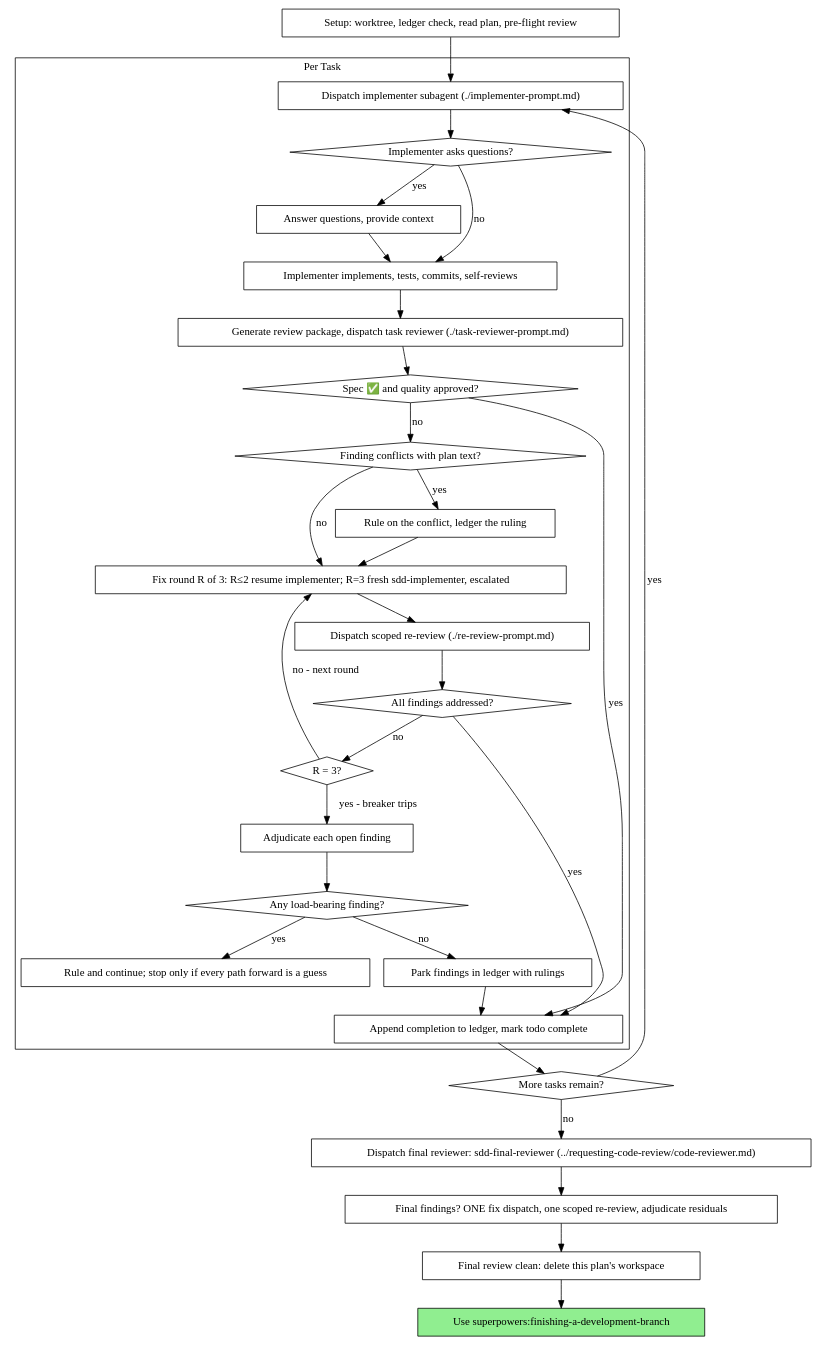
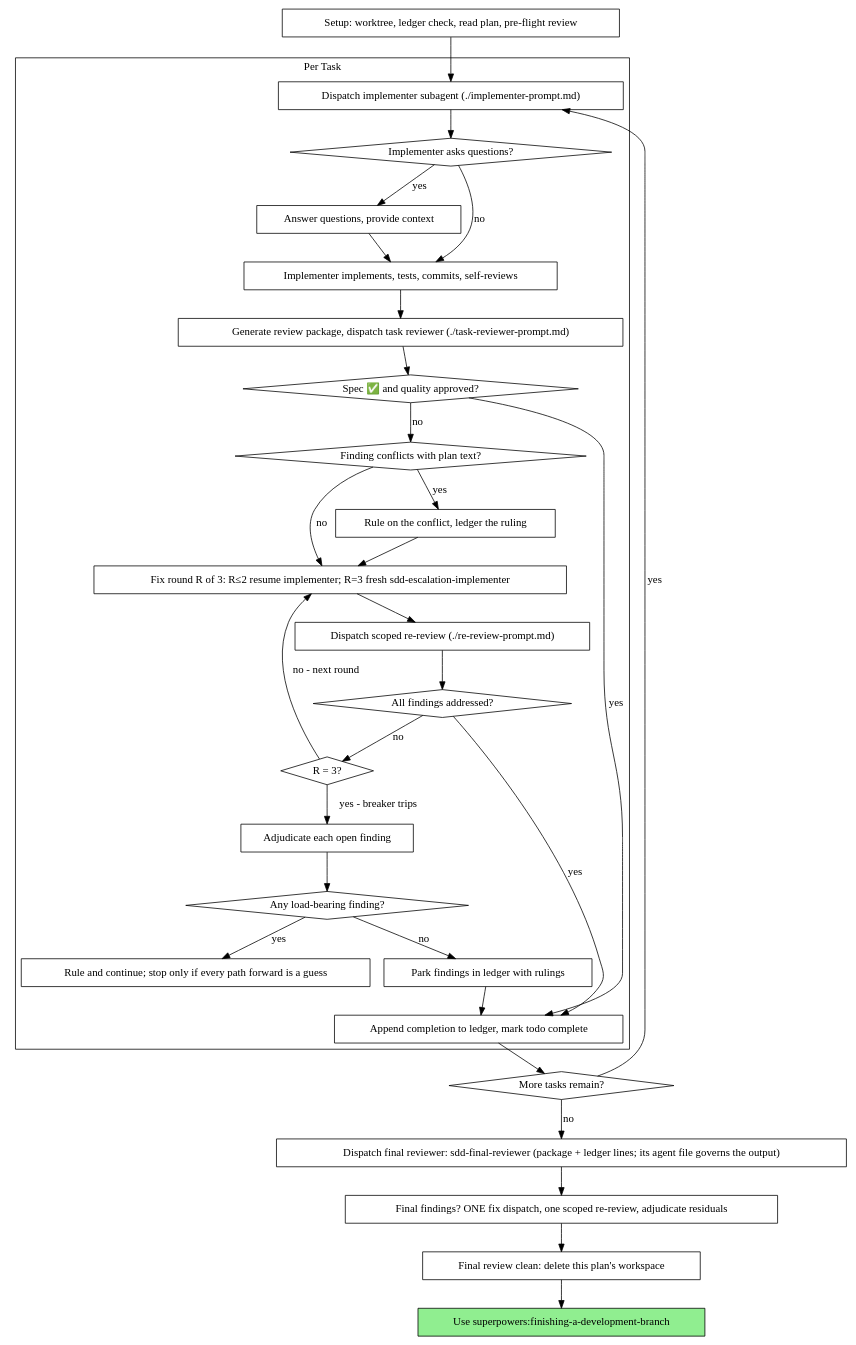
The second of 2 diagrams in skills/subagent-driven-development/SKILL.md (LoneExile/omp-superpowers), drawn with Graphviz before and after one commit. The commit also changed other lines of this file and 6 other files, not shown here.

First line of the commit message:
fix(sdd): address fork review - package_gap is a verdict value; test, graph, final-review, README

````diff
--- a/skills/subagent-driven-development/SKILL.md
+++ b/skills/subagent-driven-development/SKILL.md
@@ -61,62 +61,62 @@
 ```dot
 digraph process {
     rankdir=TB;
 
     subgraph cluster_per_task {
         label="Per Task";
         "Dispatch implementer subagent (./implementer-prompt.md)" [shape=box];
         "Implementer asks questions?" [shape=diamond];
         "Answer questions, provide context" [shape=box];
         "Implementer implements, tests, commits, self-reviews" [shape=box];
         "Generate review package, dispatch task reviewer (./task-reviewer-prompt.md)" [shape=box];
         "Spec ✅ and quality approved?" [shape=diamond];
         "Finding conflicts with plan text?" [shape=diamond];
         "Rule on the conflict, ledger the ruling" [shape=box];
-        "Fix round R of 3: R≤2 resume implementer; R=3 fresh sdd-implementer, escalated" [shape=box];
+        "Fix round R of 3: R≤2 resume implementer; R=3 fresh sdd-escalation-implementer" [shape=box];
         "Dispatch scoped re-review (./re-review-prompt.md)" [shape=box];
         "All findings addressed?" [shape=diamond];
         "R = 3?" [shape=diamond];
         "Adjudicate each open finding" [shape=box];
         "Any load-bearing finding?" [shape=diamond];
         "Rule and continue; stop only if every path forward is a guess" [shape=box];
         "Park findings in ledger with rulings" [shape=box];
         "Append completion to ledger, mark todo complete" [shape=box];
     }
 
     "Setup: worktree, ledger check, read plan, pre-flight review" [shape=box];
     "More tasks remain?" [shape=diamond];
-    "Dispatch final reviewer: sdd-final-reviewer (../requesting-code-review/code-reviewer.md)" [shape=box];
+    "Dispatch final reviewer: sdd-final-reviewer (package + ledger lines; its agent file governs the output)" [shape=box];
     "Final findings? ONE fix dispatch, one scoped re-review, adjudicate residuals" [shape=box];
     "Final review clean: delete this plan's workspace" [shape=box];
     "Use superpowers:finishing-a-development-branch" [shape=box style=filled fillcolor=lightgreen];
 
     "Setup: worktree, ledger check, read plan, pre-flight review" -> "Dispatch implementer subagent (./implementer-prompt.md)";
     "Dispatch implementer subagent (./implementer-prompt.md)" -> "Implementer asks questions?";
     "Implementer asks questions?" -> "Answer questions, provide context" [label="yes"];
     "Answer questions, provide context" -> "Implementer implements, tests, commits, self-reviews";
     "Implementer asks questions?" -> "Implementer implements, tests, commits, self-reviews" [label="no"];
     "Implementer implements, tests, commits, self-reviews" -> "Generate review package, dispatch task reviewer (./task-reviewer-prompt.md)";
     "Generate review package, dispatch task reviewer (./task-reviewer-prompt.md)" -> "Spec ✅ and quality approved?";
     "Spec ✅ and quality approved?" -> "Append completion to ledger, mark todo complete" [label="yes"];
     "Spec ✅ and quality approved?" -> "Finding conflicts with plan text?" [label="no"];
     "Finding conflicts with plan text?" -> "Rule on the conflict, ledger the ruling" [label="yes"];
-    "Rule on the conflict, ledger the ruling" -> "Fix round R of 3: R≤2 resume implementer; R=3 fresh sdd-implementer, escalated";
-    "Finding conflicts with plan text?" -> "Fix round R of 3: R≤2 resume implementer; R=3 fresh sdd-implementer, escalated" [label="no"];
-    "Fix round R of 3: R≤2 resume implementer; R=3 fresh sdd-implementer, escalated" -> "Dispatch scoped re-review (./re-review-prompt.md)";
+    "Rule on the conflict, ledger the ruling" -> "Fix round R of 3: R≤2 resume implementer; R=3 fresh sdd-escalation-implementer";
+    "Finding conflicts with plan text?" -> "Fix round R of 3: R≤2 resume implementer; R=3 fresh sdd-escalation-implementer" [label="no"];
+    "Fix round R of 3: R≤2 resume implementer; R=3 fresh sdd-escalation-implementer" -> "Dispatch scoped re-review (./re-review-prompt.md)";
     "Dispatch scoped re-review (./re-review-prompt.md)" -> "All findings addressed?";
     "All findings addressed?" -> "Append completion to ledger, mark todo complete" [label="yes"];
     "All findings addressed?" -> "R = 3?" [label="no"];
-    "R = 3?" -> "Fix round R of 3: R≤2 resume implementer; R=3 fresh sdd-implementer, escalated" [label="no - next round"];
+    "R = 3?" -> "Fix round R of 3: R≤2 resume implementer; R=3 fresh sdd-escalation-implementer" [label="no - next round"];
     "R = 3?" -> "Adjudicate each open finding" [label="yes - breaker trips"];
     "Adjudicate each open finding" -> "Any load-bearing finding?";
     "Any load-bearing finding?" -> "Rule and continue; stop only if every path forward is a guess" [label="yes"];
     "Any load-bearing finding?" -> "Park findings in ledger with rulings" [label="no"];
     "Park findings in ledger with rulings" -> "Append completion to ledger, mark todo complete";
     "Append completion to ledger, mark todo complete" -> "More tasks remain?";
     "More tasks remain?" -> "Dispatch implementer subagent (./implementer-prompt.md)" [label="yes"];
-    "More tasks remain?" -> "Dispatch final reviewer: sdd-final-reviewer (../requesting-code-review/code-reviewer.md)" [label="no"];
-    "Dispatch final reviewer: sdd-final-reviewer (../requesting-code-review/code-reviewer.md)" -> "Final findings? ONE fix dispatch, one scoped re-review, adjudicate residuals";
+    "More tasks remain?" -> "Dispatch final reviewer: sdd-final-reviewer (package + ledger lines; its agent file governs the output)" [label="no"];
+    "Dispatch final reviewer: sdd-final-reviewer (package + ledger lines; its agent file governs the output)" -> "Final findings? ONE fix dispatch, one scoped re-review, adjudicate residuals";
     "Final findings? ONE fix dispatch, one scoped re-review, adjudicate residuals" -> "Final review clean: delete this plan's workspace";
     "Final review clean: delete this plan's workspace" -> "Use superpowers:finishing-a-development-branch";
 }
 ```
````
